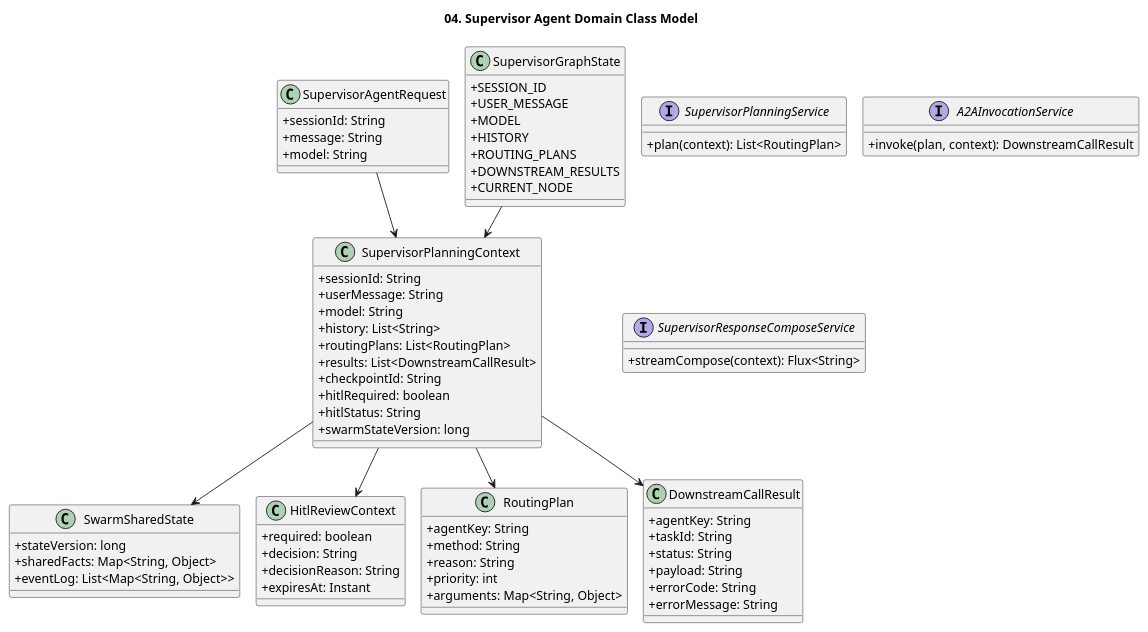
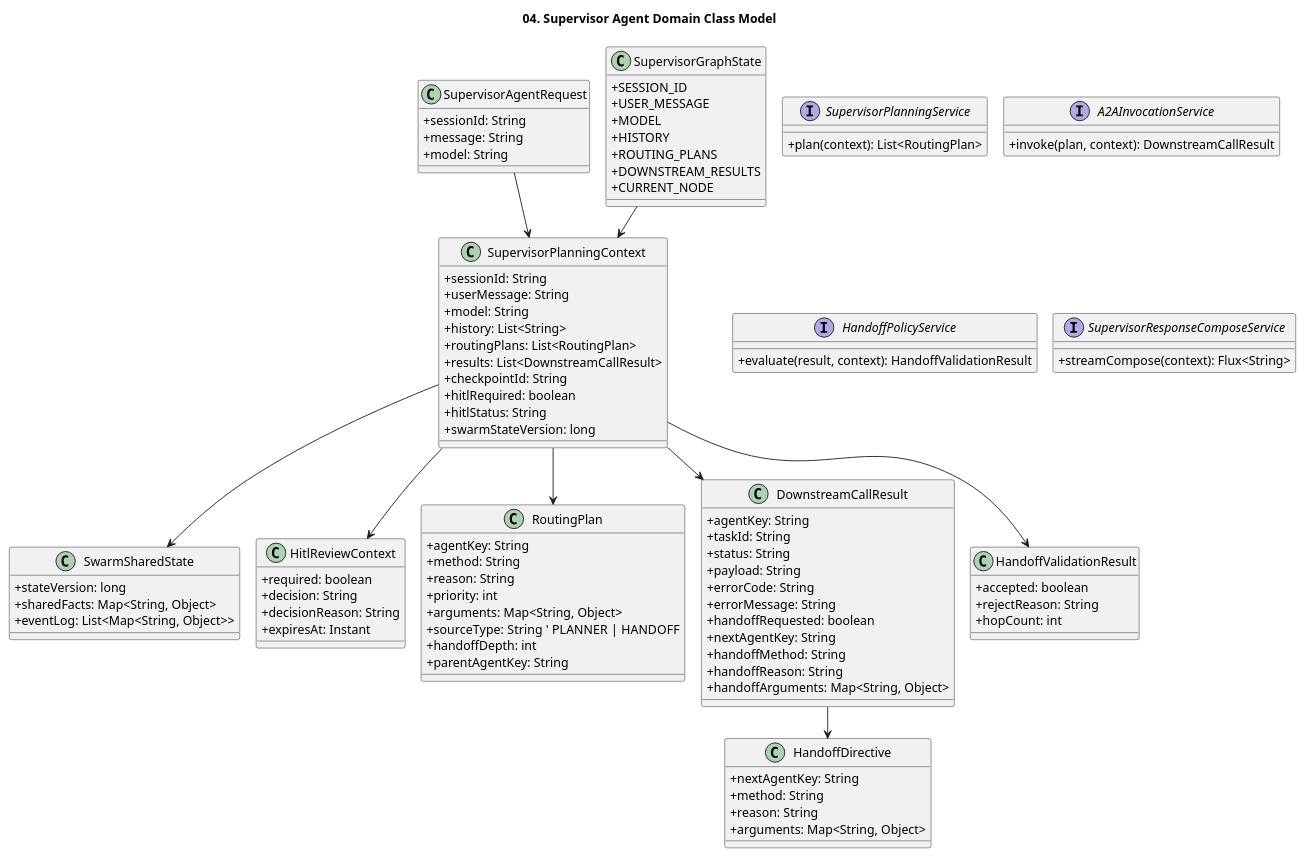
Before and after one commit to kim57uak/spring-ai: the diagram in documents/a2a-host_agent-architecture/04-domain-class-model.puml, drawn with PlantUML. The commit also changed 69 other files, not shown here.

```diff
--- a/documents/a2a-host_agent-architecture/04-domain-class-model.puml
+++ b/documents/a2a-host_agent-architecture/04-domain-class-model.puml
@@ -1,91 +1,121 @@
 @startuml
 !pragma layout smetana
 title 04. Supervisor Agent Domain Class Model
 
 skinparam shadowing false
 skinparam classAttributeIconSize 0
 
 class SupervisorAgentRequest {
   +sessionId: String
   +message: String
   +model: String
 }
 
 class SupervisorPlanningContext {
   +sessionId: String
   +userMessage: String
   +model: String
   +history: List<String>
   +routingPlans: List<RoutingPlan>
   +results: List<DownstreamCallResult>
   +checkpointId: String
   +hitlRequired: boolean
   +hitlStatus: String
   +swarmStateVersion: long
 }
 
 class SwarmSharedState {
   +stateVersion: long
   +sharedFacts: Map<String, Object>
   +eventLog: List<Map<String, Object>>
 }
 
 class HitlReviewContext {
   +required: boolean
   +decision: String
   +decisionReason: String
   +expiresAt: Instant
 }
 
 class RoutingPlan {
   +agentKey: String
   +method: String
   +reason: String
   +priority: int
   +arguments: Map<String, Object>
+  +sourceType: String  ' PLANNER | HANDOFF
+  +handoffDepth: int
+  +parentAgentKey: String
 }
 
 class DownstreamCallResult {
   +agentKey: String
   +taskId: String
   +status: String
   +payload: String
   +errorCode: String
   +errorMessage: String
+  +handoffRequested: boolean
+  +nextAgentKey: String
+  +handoffMethod: String
+  +handoffReason: String
+  +handoffArguments: Map<String, Object>
+}
+
+class HandoffDirective {
+  +nextAgentKey: String
+  +method: String
+  +reason: String
+  +arguments: Map<String, Object>
+}
+
+class HandoffValidationResult {
+  +accepted: boolean
+  +rejectReason: String
+  +hopCount: int
 }
 
 class SupervisorGraphState {
   +SESSION_ID
   +USER_MESSAGE
   +MODEL
   +HISTORY
   +ROUTING_PLANS
   +DOWNSTREAM_RESULTS
   +CURRENT_NODE
 }
 
 interface SupervisorPlanningService {
   +plan(context): List<RoutingPlan>
 }
 
 interface A2AInvocationService {
   +invoke(plan, context): DownstreamCallResult
 }
 
+interface HandoffPolicyService {
+  +evaluate(result, context): HandoffValidationResult
+}
+
 interface SupervisorResponseComposeService {
   +streamCompose(context): Flux<String>
 }
 
 SupervisorAgentRequest --> SupervisorPlanningContext
 SupervisorPlanningContext --> RoutingPlan
 SupervisorPlanningContext --> DownstreamCallResult
+DownstreamCallResult --> HandoffDirective
+SupervisorPlanningContext --> HandoffValidationResult
 SupervisorPlanningContext --> SwarmSharedState
 SupervisorPlanningContext --> HitlReviewContext
 SupervisorGraphState --> SupervisorPlanningContext
 
+' 2026-04-13 sync with doc 34
+' - add handoff domain objects and routing/result extensions
+' - handoff is feature-flagged and validated by policy service
 ' 2026-04-12 sync with docs 30/31
 ' - Scope: HITL decision limited to APPROVE/CANCEL in current phase
 ' - Data mutation requests (create/update/delete) require mandatory HITL
 ' - A2A compatibility mode keeps both legacy and v1.0 methods
 ' - User profile input collection is deferred to next phase
 @enduml
```
